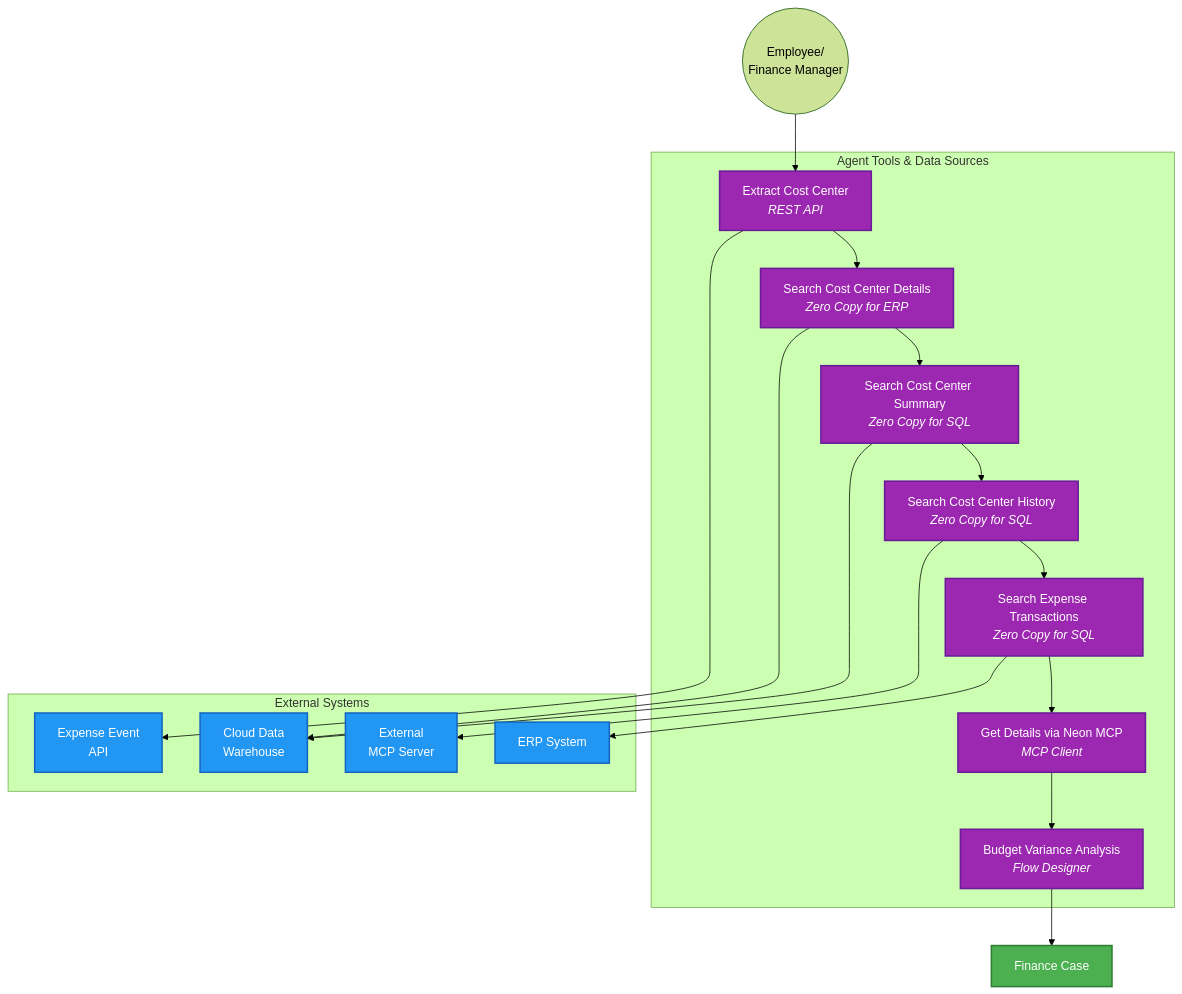
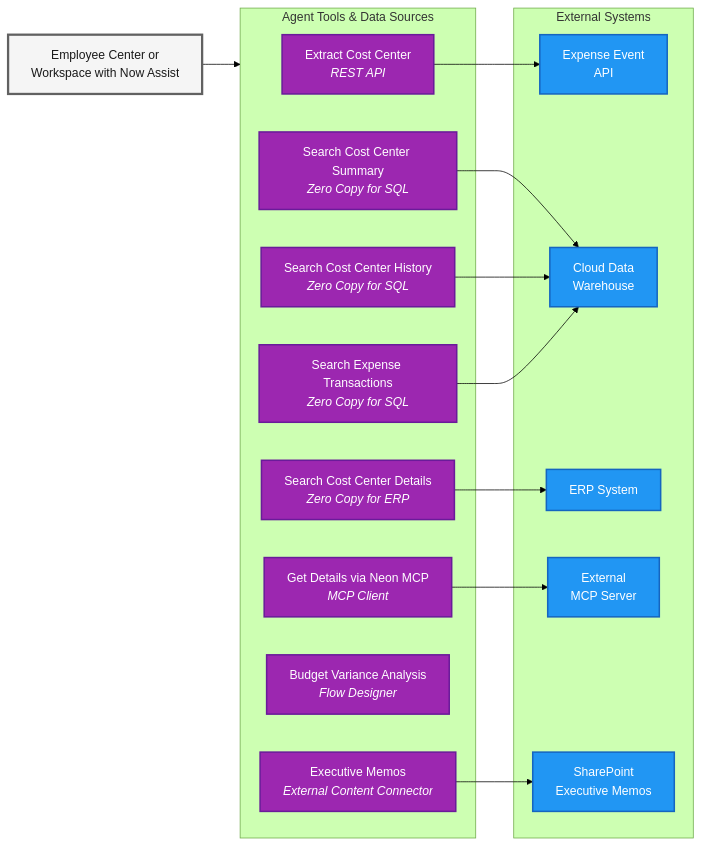
One commit to leojacinto/WorkflowDataFabric-TypeB changed the diagram in README.md. Above: the diagram before and after it, drawn with Mermaid (forest theme).

Commit message:
GITBOOK-45: No subject

````diff
--- a/README.md
+++ b/README.md
@@ -34,44 +34,51 @@
 ```mermaid
-graph TB
+graph LR
 
-    Employee((Employee/<br/>Finance Manager))
+
+    EC[Employee Center or<br/>Workspace with Now Assist]
   
     subgraph TOOLS["Agent Tools & Data Sources"]
         T1["Extract Cost Center<br/><i>REST API</i>"]
         T2["Search Cost Center Details<br/><i>Zero Copy for ERP</i>"]
         T3["Search Cost Center Summary<br/><i>Zero Copy for SQL</i>"]        
         T4["Search Cost Center History<br/><i>Zero Copy for SQL</i>"]
         T5["Search Expense Transactions<br/><i>Zero Copy for SQL</i>"]
         T6["Get Details via Neon MCP<br/><i>MCP Client</i>"]
         T7["Budget Variance Analysis<br/><i>Flow Designer</i>"]
+        T8["Executive Memos<br/><i>External Content Connector</i>"]
     end
 
     subgraph EXT["External Systems"]
         API["Expense Event<br/>API"]
         CDW["Cloud Data<br/>Warehouse"]
         ERP["ERP System"]
         MCP_EXT["External<br/>MCP Server"]
+        SharePoint[SharePoint<br/>Executive Memos]
     end
 
    
-    Employee --> T1 --> T2 --> T3 --> T4 --> T5 --> T6 --> T7 --> FC["Finance Case"]
+    EC --> TOOLS
     T1 --> API
-    T2 --> CDW
+    T2 --> ERP
     T3 --> CDW
-    T4 --> MCP_EXT
-    T5 --> ERP
-   
+    T4 --> CDW
+    T5 --> CDW
+    T6 --> MCP_EXT
+    T8 --> SharePoint
+    
+  
 
     %% Styling
     classDef external fill:#2196F3,stroke:#1565C0,stroke-width:2px,color:#fff
     classDef user fill:#F5F5F5,stroke:#616161,stroke-width:3px,color:#1a1a1a
     classDef nowassist fill:#FFB300,stroke:#F57F17,stroke-width:2px,color:#1a1a1a
     classDef platform fill:#4CAF50,stroke:#2E7D32,stroke-width:2px,color:#fff
     classDef wdf fill:#9C27B0,stroke:#6A1B9A,stroke-width:2px,color:#fff
+    classDef user fill:#F5F5F5,stroke:#616161,stroke-width:3px,color:#1a1a1a
 
-    class API,CDW,ERP,MCP_EXT external
+    class API,CDW,ERP,MCP_EXT,SharePoint external
     class Agent,RAG nowassist
-    class T1,T2,T3,T4,T5,T6,T7 wdf
+    class T1,T2,T3,T4,T5,T6,T7,T8 wdf
     class FC platform
-    class WS user
+    class EC user
 ```
````
